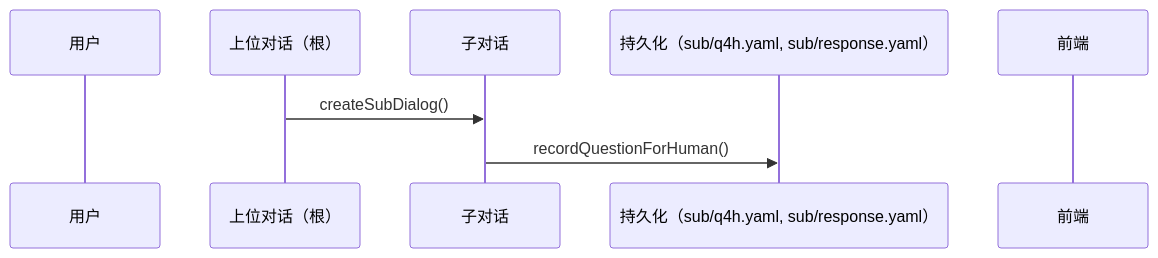
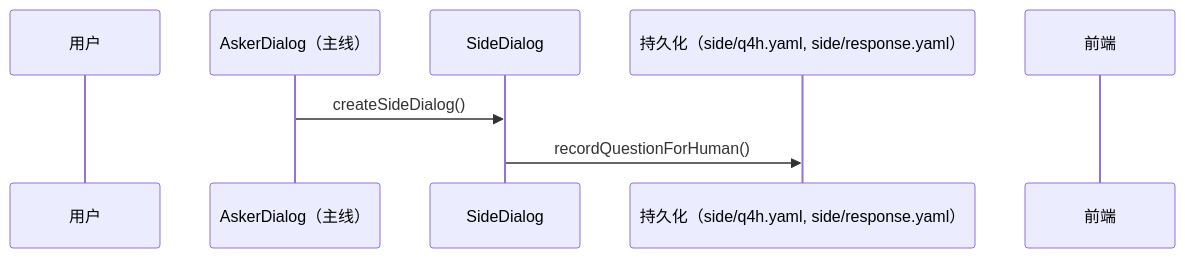
One commit to longrun-ai/dominds changed diagram 17 of 19 in docs/dialog-system.zh.md. Above: the diagram before and after it, drawn with Mermaid. The commit also changed other lines of this file and 195 other files, not shown here.

````diff
--- a/docs/dialog-system.zh.md
+++ b/docs/dialog-system.zh.md
@@ -1370,11 +1370,11 @@
 ```mermaid
 sequenceDiagram
   participant User as 用户
-  participant Sup as 上位对话（根）
-  participant Sub as 子对话
-  participant Store as 持久化（sub/q4h.yaml, sub/response.yaml）
+  participant Asker as AskerDialog（主线）
+  participant Side as SideDialog
+  participant Store as 持久化（side/q4h.yaml, side/response.yaml）
   participant UI as 前端
 
-  Sup->>Sub: createSubDialog()
-  Sub->>Store: recordQuestionForHuman()
+  Asker->>Side: createSideDialog()
+  Side->>Store: recordQuestionForHuman()
 ```
````
